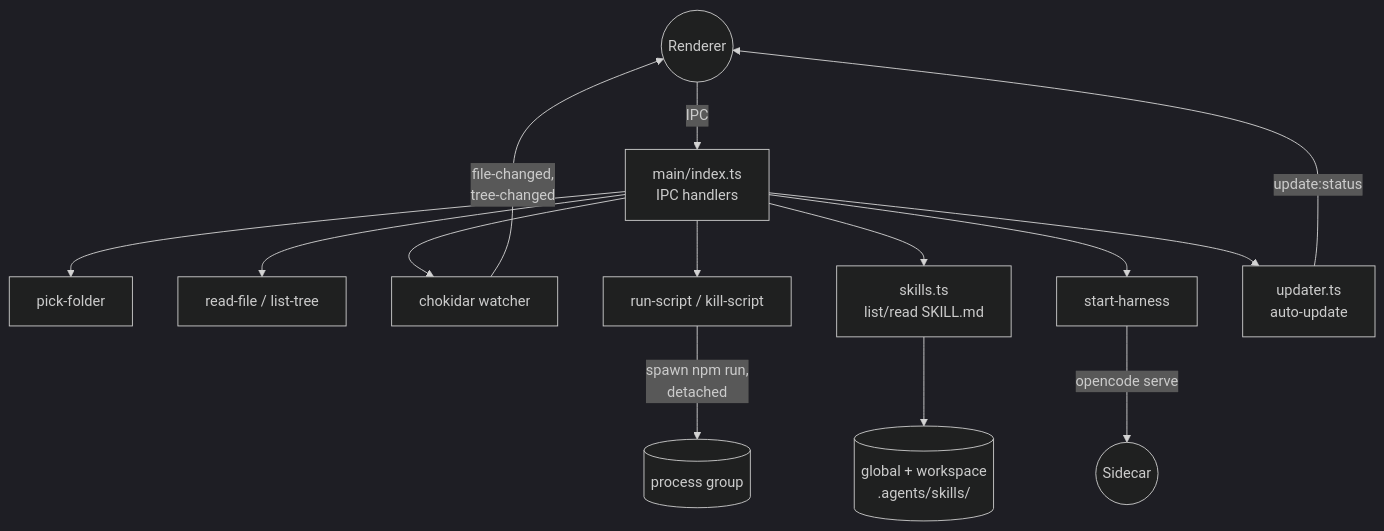
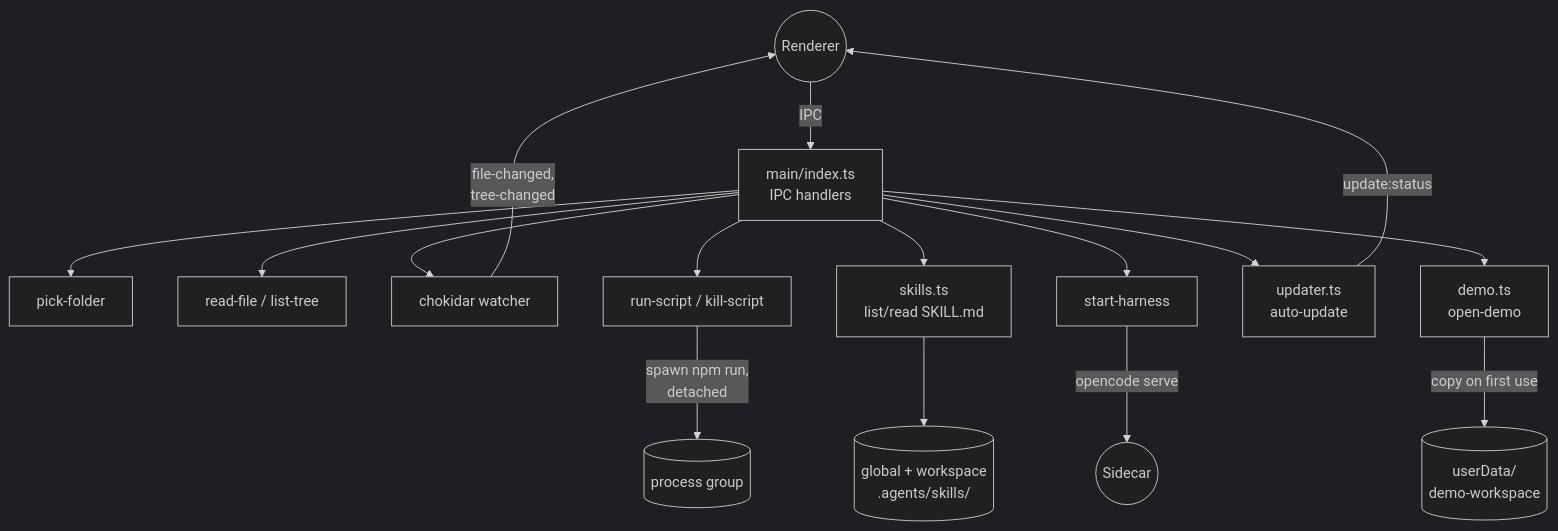
Before and after one commit to keithagroves/codeswim: the diagram in architecture/main-process.md, drawn with Mermaid (dark theme). The commit also changed other lines of this file and 21 other files, not shown here.

First line of the commit message:
feat: 'Try the demo' start-screen button + refreshed example workspace

````diff
--- a/architecture/main-process.md
+++ b/architecture/main-process.md
@@ -14,29 +14,33 @@
 ```mermaid
 flowchart TD
     Renderer((Renderer)) -->|IPC| Index[main/index.ts<br/>IPC handlers]
     Index --> Picker[pick-folder]
     Index --> Reader[read-file / list-tree]
     Index --> Watcher[chokidar watcher]
     Index --> Scripts[run-script / kill-script]
     Index --> Skills[skills.ts<br/>list/read SKILL.md]
     Index --> Harness[start-harness]
     Index --> Updater[updater.ts<br/>auto-update]
+    Index --> Demo[demo.ts<br/>open-demo]
+    Demo -->|copy on first use| DemoWs[(userData/<br/>demo-workspace)]
     Updater -->|update:status| Renderer
     Watcher -->|file-changed,<br/>tree-changed| Renderer
     Scripts -->|spawn npm run,<br/>detached| Group[(process group)]
     Harness -->|opencode serve| Sidecar((Sidecar))
     Skills --> SkillFs[(global + workspace<br/>.agents/skills/)]
 
     click Renderer call navigate("../overview.md")
     click Picker call navigate("../apps/desktop/src/main/index.ts")
     click Reader call navigate("../apps/desktop/src/main/index.ts")
     click Watcher call navigate("../apps/desktop/src/main/index.ts")
     click Scripts call navigate("../apps/desktop/src/main/index.ts")
     click Group call navigate("./main-process.md")
     click Sidecar call navigate("./agent-harness.md")
     click SkillFs call navigate("./main-process.md")
     click Index call navigate("../apps/desktop/src/main/index.ts")
     click Skills call navigate("../packages/domain-skills/src/skills.ts")
     click Harness call navigate("./agent-harness.md")
     click Updater call navigate("../apps/desktop/src/main/updater.ts")
+    click Demo call navigate("../apps/desktop/src/main/demo.ts")
+    click DemoWs call navigate("../apps/desktop/src/main/demo.ts")
 ```
````
